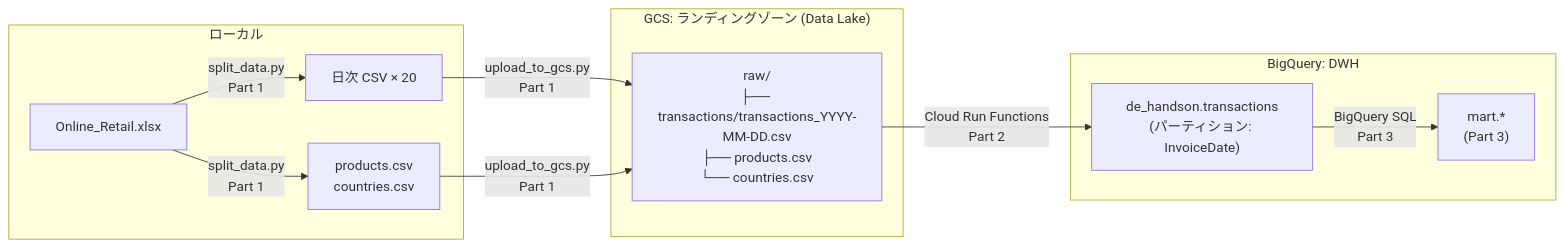
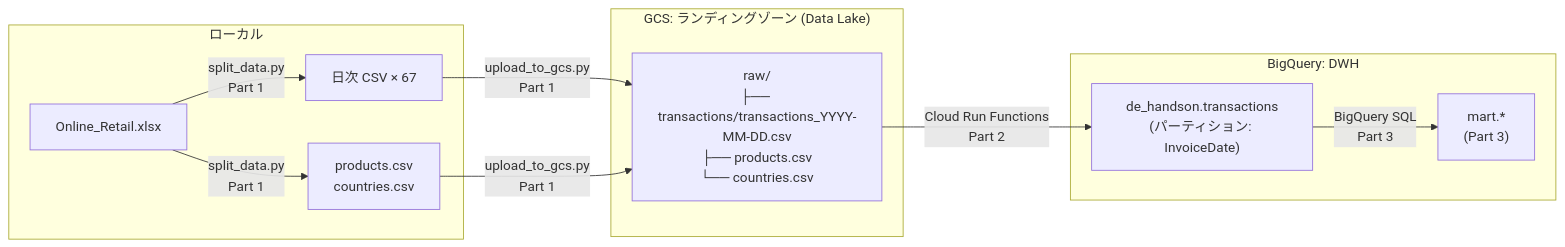
Before and after one commit to y-tsuritani/data-engineering-handson-gc: the diagram in README.md, drawn with Mermaid. The commit also changed other lines of this file and 1 other file, not shown here.

````diff
--- a/README.md
+++ b/README.md
@@ -18,22 +18,22 @@
 ```mermaid
 flowchart LR
     subgraph Local["ローカル"]
         xlsx[Online_Retail.xlsx]
-        csv[日次 CSV × 20]
+        csv[日次 CSV × 67]
         master[products.csv\ncountries.csv]
     end
 
     subgraph GCS["GCS: ランディングゾーン (Data Lake)"]
         raw["raw/\n├── transactions/transactions_YYYY-MM-DD.csv\n├── products.csv\n└── countries.csv"]
     end
 
     subgraph BQ["BigQuery: DWH"]
         transactions["de_handson.transactions\n(パーティション: InvoiceDate)"]
         mart["mart.*\n(Part 3)"]
     end
 
     xlsx -->|split_data.py\nPart 1| csv & master
     csv & master -->|upload_to_gcs.py\nPart 1| raw
     raw -->|Cloud Run Functions\nPart 2| transactions
     transactions -->|BigQuery SQL\nPart 3| mart
 ```
````
